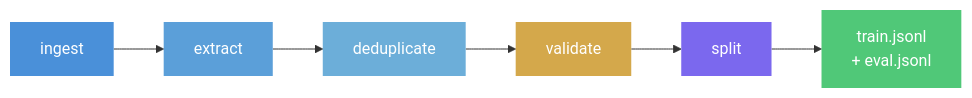
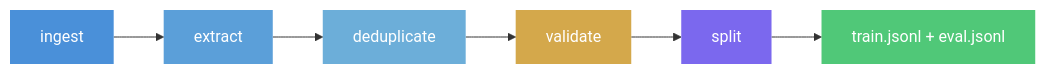
Before and after one commit to falese/coder: the third of 4 diagrams in README.md, drawn with Mermaid. The commit also changed other lines of this file, not shown here.

First line of the commit message:
Fix Mermaid diagrams in README: remove HTML entities and tags breaking parser

````diff
--- a/README.md
+++ b/README.md
@@ -279,15 +279,15 @@
 ```mermaid
 graph LR
     A["ingest"] --> B["extract"]
     B --> C["deduplicate"]
     C --> D["validate"]
     D --> E["split"]
-    E --> F["train.jsonl<br/>+ eval.jsonl"]
+    E --> F["train.jsonl + eval.jsonl"]
 
     style A fill:#4A90D9,color:#fff,stroke:none
     style B fill:#5B9FD9,color:#fff,stroke:none
     style C fill:#6CAED9,color:#fff,stroke:none
     style D fill:#D4A84B,color:#fff,stroke:none
     style E fill:#7B68EE,color:#fff,stroke:none
     style F fill:#50C878,color:#fff,stroke:none
 ```
````
